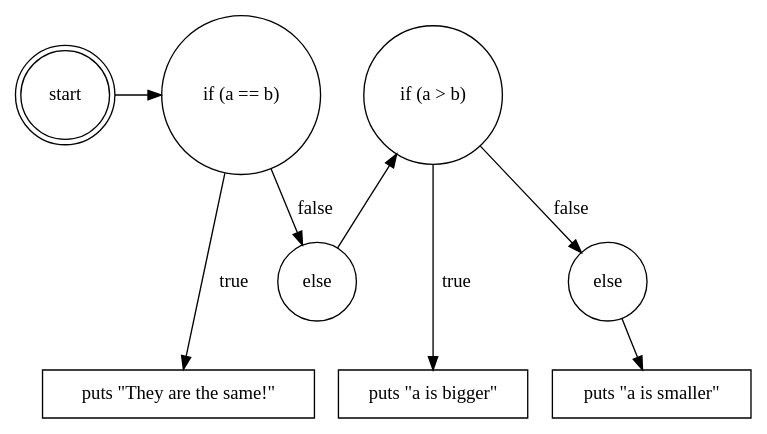
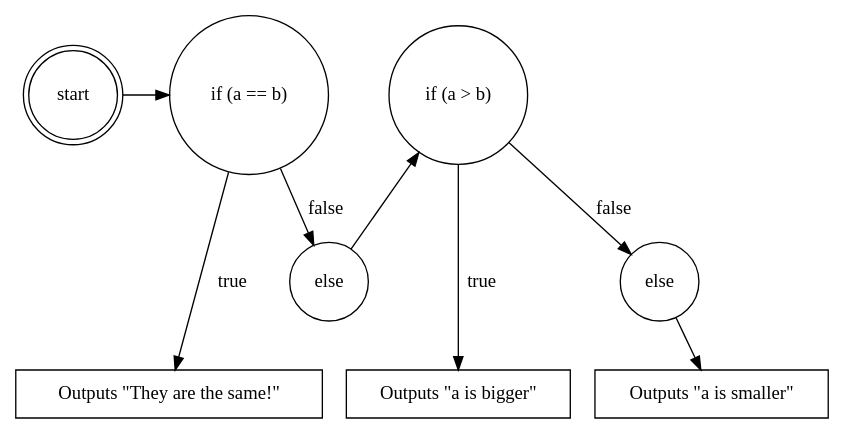
Before and after one commit to jeremyhansen/rooksguide-cplusplus: the diagram in diagrams/if-else.dot, drawn with Graphviz. The commit also changed 1 other file, not shown here.

Commit message:
Second diagram according to #16

```diff
--- a/diagrams/if-else.dot
+++ b/diagrams/if-else.dot
@@ -1,33 +1,33 @@
 digraph ifelse {
 // Created by Levi Schuck
 	node [shape=circle];
 	subgraph {
 		rank=same;
 		start [shape=doublecircle];
 		if [label="if (a == b)"];
 		if2 [label="if (a > b)"];
 		
 	}
 	
 	subgraph {
 		rank=same;
 		else [label="else"];
 		else2 [label="else"];
 	}
 	subgraph {
 		rank=same;
 		node [shape=box];
-		code [label="puts \"They are the same!\""];
-		code2 [label="puts \"a is bigger\""];
-		code3 [label="puts \"a is smaller\""];
+		code [label="Outputs \"They are the same!\""];
+		code2 [label="Outputs \"a is bigger\""];
+		code3 [label="Outputs \"a is smaller\""];
 	}
 	
 
 	start -> if;
 	if -> code [label=" true"];
 	if -> else [label=" false"];
 	else -> if2;
 	if2 -> code2 [label=" true"];
 	if2 -> else2 [label=" false"];
 	else2 -> code3;
 }
```
